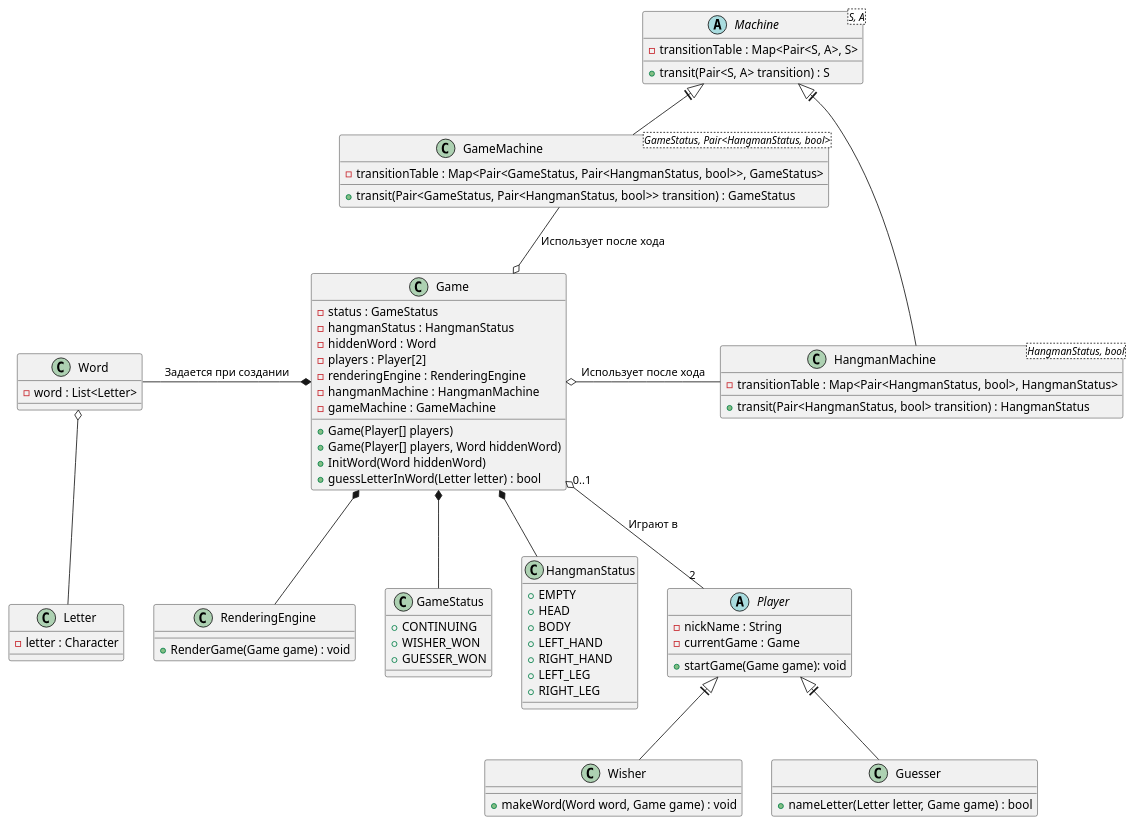
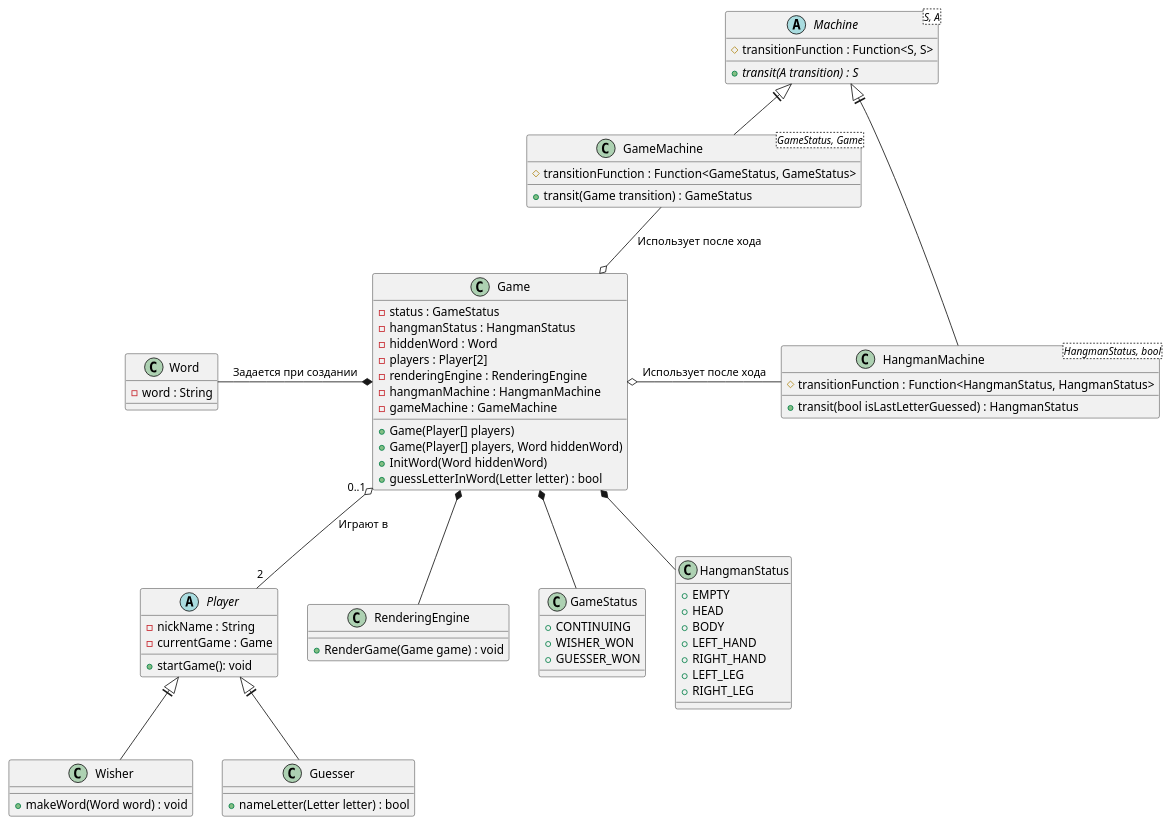
Before and after one commit to zhukovsd/vlidzhigoryaev-hangman: the diagram in docs/diagrams/classes.puml, drawn with PlantUML.

Commit message:
Обновление диаграммы классов

```diff
--- a/docs/diagrams/classes.puml
+++ b/docs/diagrams/classes.puml
@@ -1,90 +1,85 @@
 @startuml "Диаграмма классов"
 
 abstract class "Player" as Player {
     - nickName : String
     - currentGame : Game
-    + startGame(Game game): void
+    + startGame(): void
 }
 
 class "Wisher" as Wisher {
-    + makeWord(Word word, Game game) : void
+    + makeWord(Word word) : void
 }
 
 class "Guesser" as Guesser {
-    + nameLetter(Letter letter, Game game) : bool
+    + nameLetter(Letter letter) : bool
 }
 
 class "Game" as Game {
     - status : GameStatus
     - hangmanStatus : HangmanStatus
     - hiddenWord : Word
     - players : Player[2]
     - renderingEngine : RenderingEngine
     - hangmanMachine : HangmanMachine
     - gameMachine : GameMachine
     + Game(Player[] players)
     + Game(Player[] players, Word hiddenWord)
     + InitWord(Word hiddenWord)
     + guessLetterInWord(Letter letter) : bool
 }
 
 class "Word" as Word {
-    - word : List<Letter>
-}
-
-class "Letter" as Letter {
-    - letter : Character
+    - word : String
 }
 
 class "RenderingEngine" as RenderingEngine {
     + RenderGame(Game game) : void
 }
 
 class "GameStatus" as GameStatus {
     + CONTINUING
     + WISHER_WON
     + GUESSER_WON
 }
 
 
 class "HangmanStatus" as HangmanStatus {
     + EMPTY
     + HEAD
     + BODY
     + LEFT_HAND
     + RIGHT_HAND
     + LEFT_LEG
     + RIGHT_LEG
 }
 
 abstract class "Machine<S, A>" as Machine {
-    - transitionTable : Map<Pair<S, A>, S>
-    + transit(Pair<S, A> transition) : S
+    # transitionFunction : Function<S, S>
+    + {abstract} transit(A transition) : S
 }
 
 class "HangmanMachine<HangmanStatus, bool>" as HangmanMachine {
-    - transitionTable : Map<Pair<HangmanStatus, bool>, HangmanStatus>
-    + transit(Pair<HangmanStatus, bool> transition) : HangmanStatus
+    # transitionFunction : Function<HangmanStatus, HangmanStatus>
+    + transit(bool isLastLetterGuessed) : HangmanStatus
 }
 
-class "GameMachine<GameStatus, Pair<HangmanStatus, bool>>" as GameMachine {
-    - transitionTable : Map<Pair<GameStatus, Pair<HangmanStatus, bool>>, GameStatus>
-    + transit(Pair<GameStatus, Pair<HangmanStatus, bool>> transition) : GameStatus
+class "GameMachine<GameStatus, Game>" as GameMachine {
+    # transitionFunction : Function<GameStatus, GameStatus>
+    + transit(Game transition) : GameStatus
 }
 
 Wisher -up-||> Player
 Guesser -up-||> Player
 
 HangmanMachine -up-||> Machine
 GameMachine -up-||> Machine
 
 Game "0..1" o-- "2" Player : Играют в
 Game *-left- Word : Задается при создании
 Game o-right- HangmanMachine : Использует после хода
 Game o-up- GameMachine : Использует после хода
 Game *-- HangmanStatus
 Game *-- GameStatus
-Word o-down- Letter
 Game *-- RenderingEngine
 
 @enduml
```
